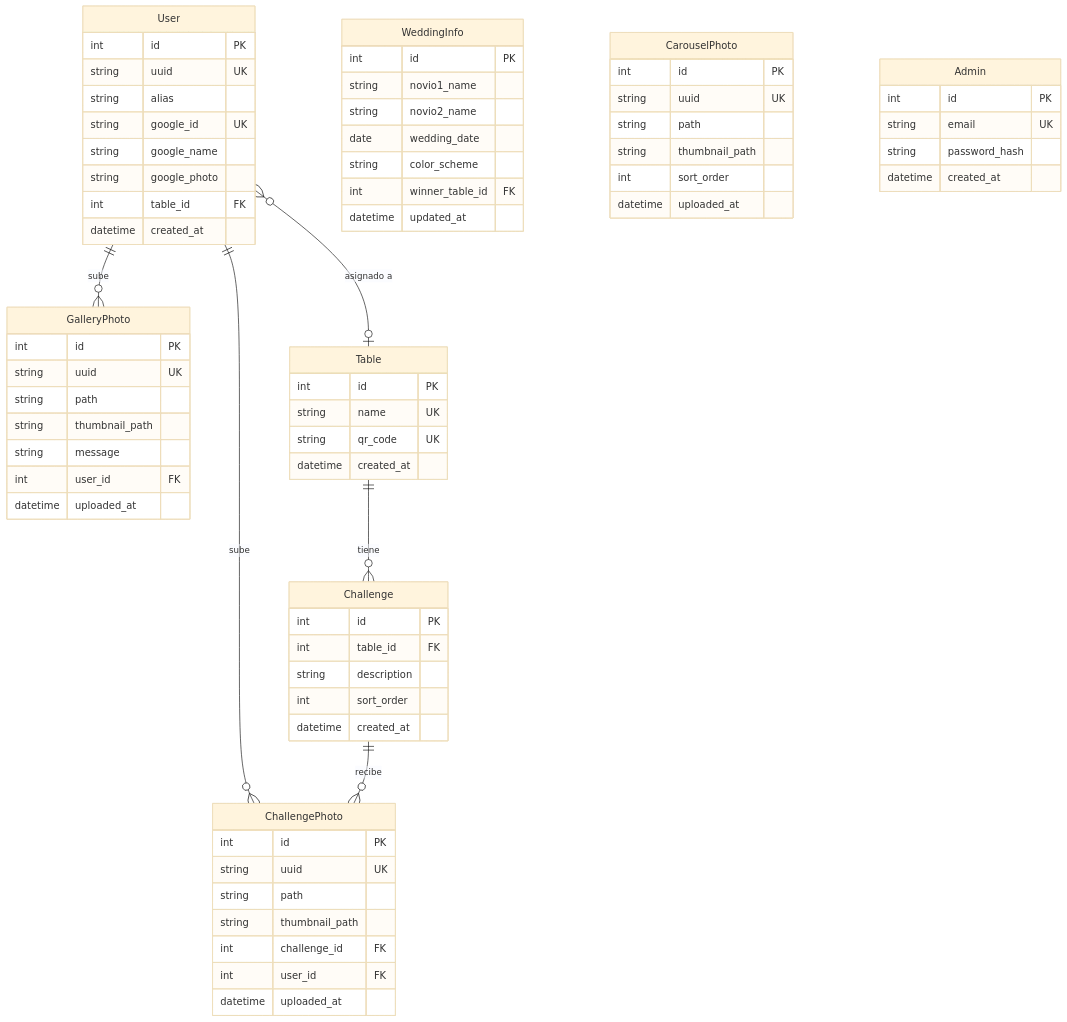
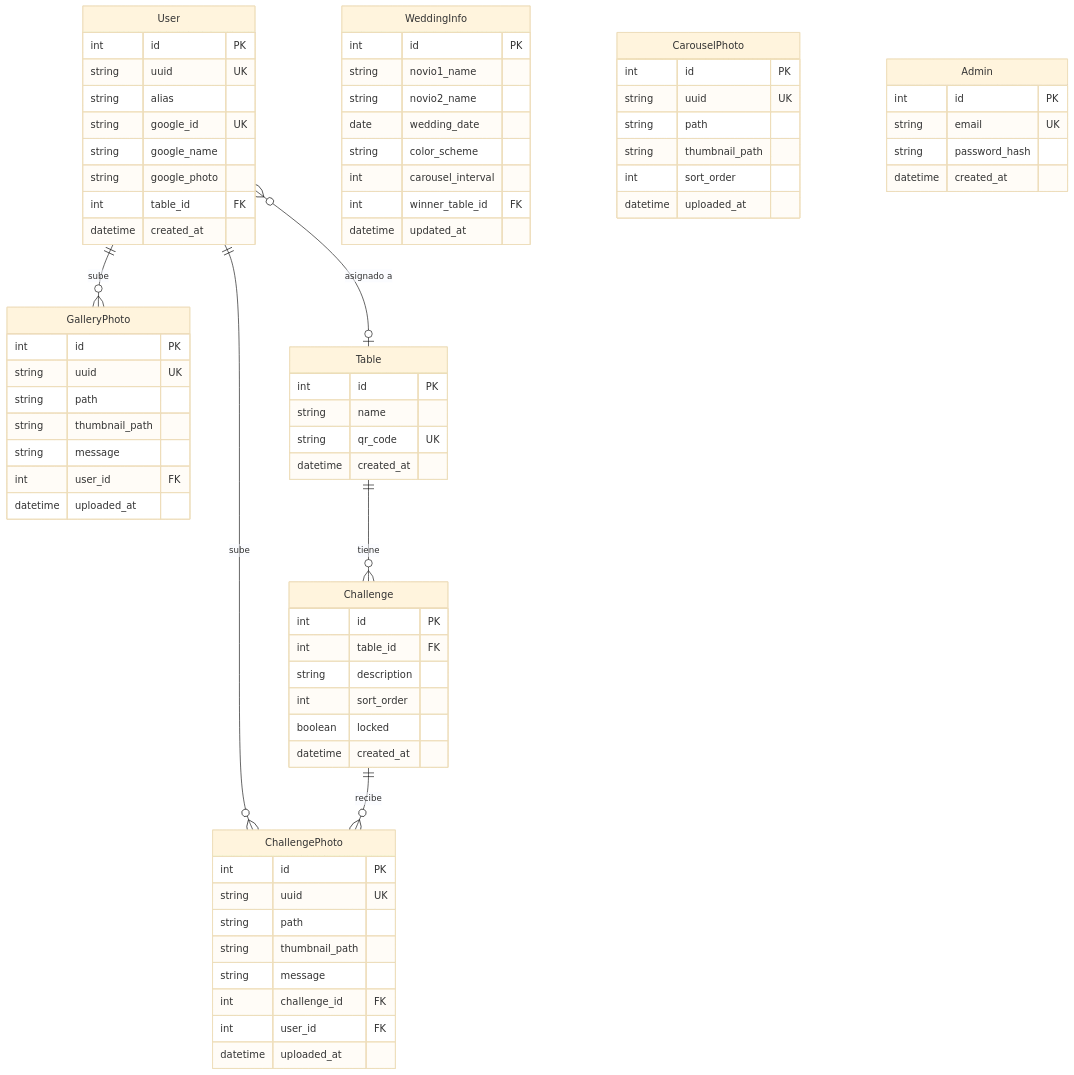
One commit to juniornff/wedding-photo-manager changed the third of 12 diagrams in README.md. Above: the diagram before and after it, drawn with Mermaid (base theme). The commit also changed other lines of this file and 3 other files, not shown here.

```diff
--- a/README.md
+++ b/README.md
@@ -112,6 +117,7 @@
         string novio2_name
         date wedding_date
         string color_scheme
+        int carousel_interval
         int winner_table_id FK
         datetime updated_at
     }
@@ -137,7 +143,7 @@
 
     Table {
         int id PK
-        string name UK
+        string name
         string qr_code UK
         datetime created_at
     }
@@ -147,6 +153,7 @@
         int table_id FK
         string description
         int sort_order
+        boolean locked
         datetime created_at
     }
 
@@ -155,6 +162,7 @@
         string uuid UK
         string path
         string thumbnail_path
+        string message
         int challenge_id FK
         int user_id FK
         datetime uploaded_at
```
